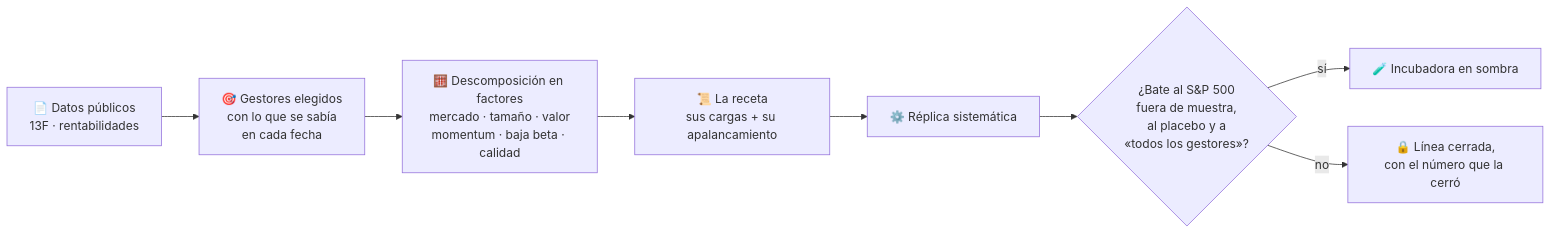
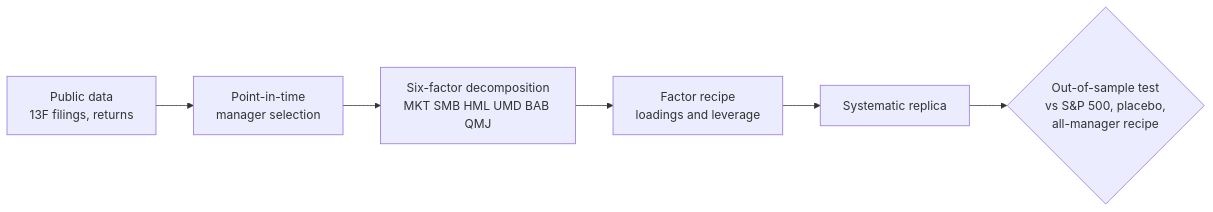
Before and after one commit to cedarcreeks/TiresIAs: the diagram in README.md, drawn with Mermaid. The commit also changed other lines of this file, not shown here.

````diff
--- a/README.md
+++ b/README.md
@@ -29,10 +65,8 @@
 ```mermaid
 flowchart LR
-    A["📄 Datos públicos<br/>13F · rentabilidades"] --> B["🎯 Gestores elegidos<br/>con lo que se sabía<br/>en cada fecha"]
-    B --> C["🧮 Descomposición en factores<br/>mercado · tamaño · valor<br/>momentum · baja beta · calidad"]
-    C --> D["📜 La receta<br/>sus cargas + su apalancamiento"]
-    D --> E["⚙️ Réplica sistemática"]
-    E --> F{"¿Bate al S&P 500<br/>fuera de muestra,<br/>al placebo y a<br/>«todos los gestores»?"}
-    F -- sí --> G["🧪 Incubadora en sombra"]
-    F -- no --> H["🔒 Línea cerrada,<br/>con el número que la cerró"]
+    A[Public data<br/>13F filings, returns] --> B[Point-in-time<br/>manager selection]
+    B --> C[Six-factor decomposition<br/>MKT SMB HML UMD BAB QMJ]
+    C --> D[Factor recipe<br/>loadings and leverage]
+    D --> E[Systematic replica]
+    E --> F{Out-of-sample test<br/>vs S&P 500, placebo,<br/>all-manager recipe}
 ```
````
